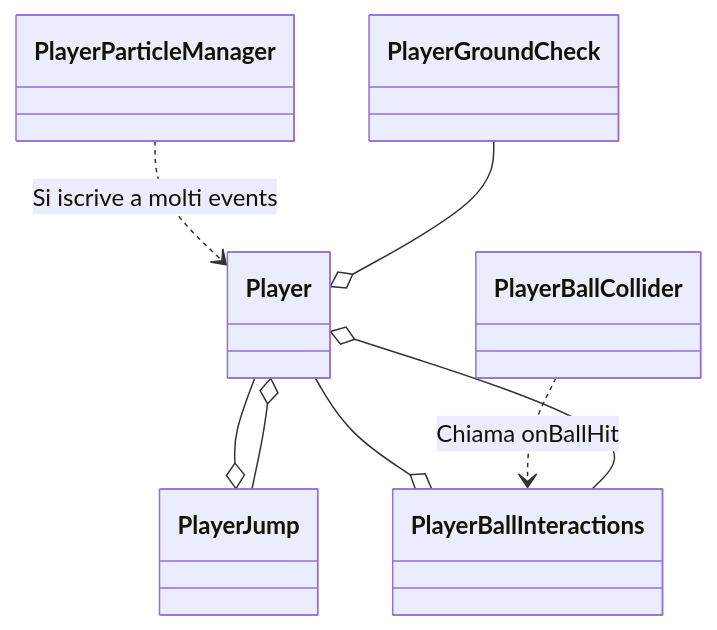
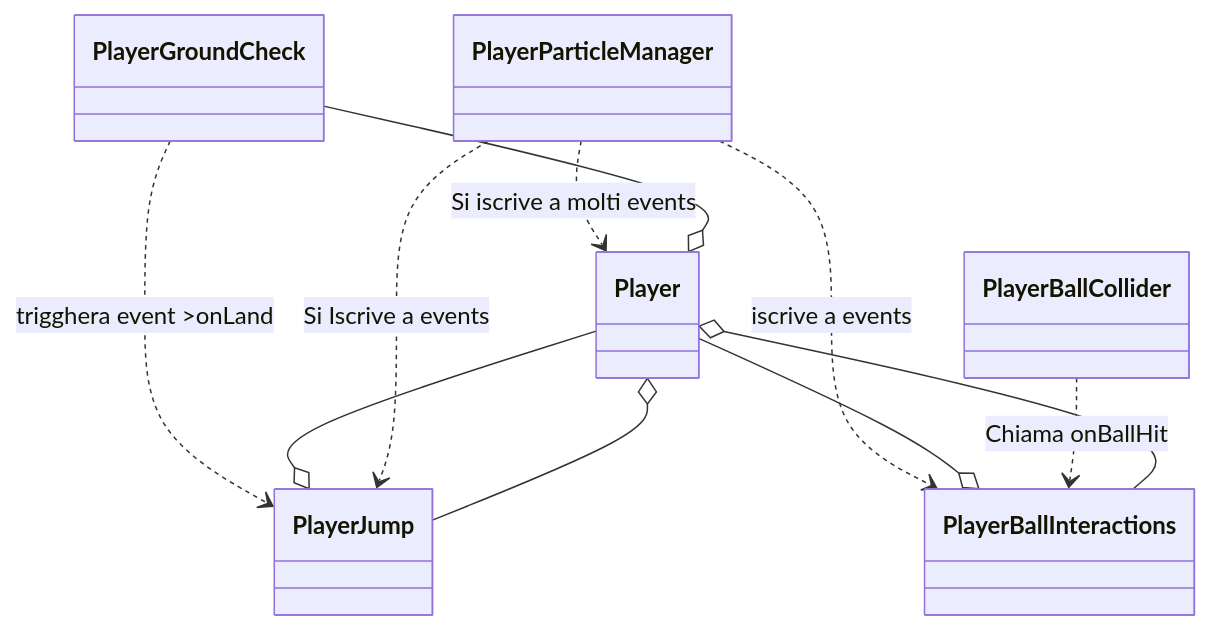
The diagram in Assets/Scripts/Player/PlayerScriptsLogic.md (0pow-pow0/RumbleSmash), drawn with Mermaid before and after one commit. The commit also changed 103 other files, not shown here.

````diff
--- a/Assets/Scripts/Player/PlayerScriptsLogic.md
+++ b/Assets/Scripts/Player/PlayerScriptsLogic.md
@@ -1,41 +1,49 @@
 ```mermaid
 classDiagram
 
 class Player {
 
 }
 
 class PlayerJump {
 
 }
 
 class PlayerBallInteractions {
 
 }
 
 class PlayerGroundCheck { 
 
 }
 
 class PlayerBallCollider {
 
 }
 
 class PlayerParticleManager {
 
 }
 
+
+
+PlayerGroundCheck ..> PlayerJump : trigghera event >onLand
+
 PlayerParticleManager ..> Player : Si iscrive a molti events
+PlayerParticleManager ..> PlayerBallInteractions : iscrive a events
+
 
 PlayerGroundCheck --o Player
 
 PlayerJump --o Player
 PlayerBallInteractions --o Player
 
 Player --o PlayerJump
 Player --o PlayerBallInteractions
 
+PlayerParticleManager ..> PlayerJump : Si Iscrive a events
 PlayerBallCollider ..> PlayerBallInteractions : Chiama onBallHit 
 
 
+
 ```
````
